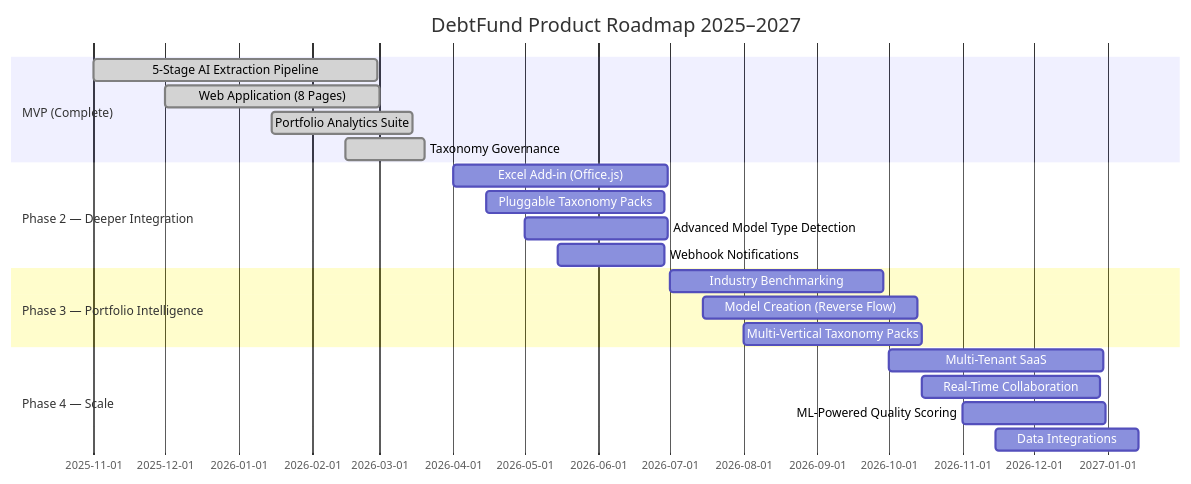
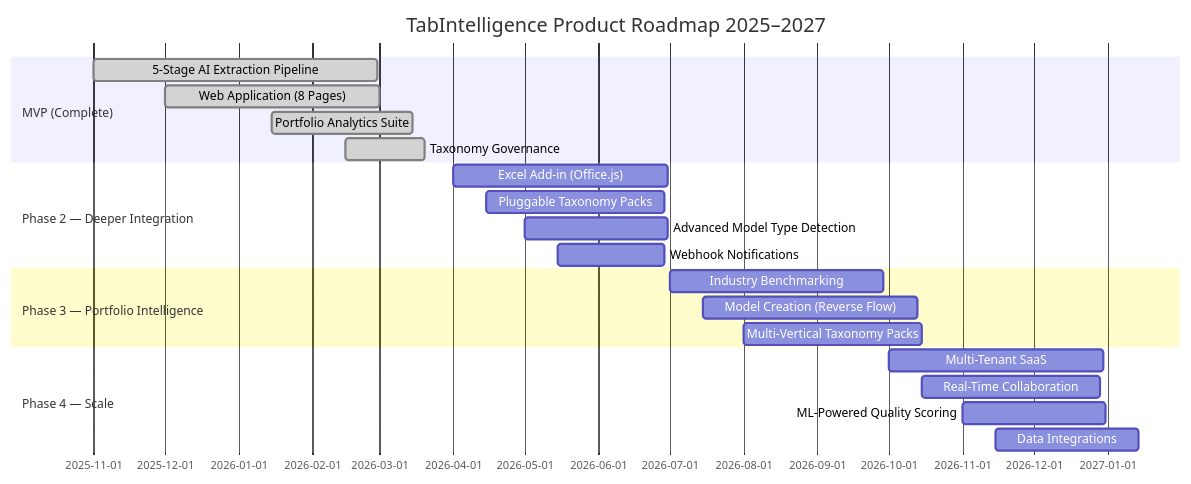
Before and after one commit to schabusflorian-ui/TabIntelligence: the diagram in docs/demo/roadmap.md, drawn with Mermaid. The commit also changed other lines of this file and 72 other files, not shown here.

First line of the commit message:
Rename project from DebtFund to TabIntelligence

````diff
--- a/docs/demo/roadmap.md
+++ b/docs/demo/roadmap.md
@@ -9,28 +9,28 @@
 ```mermaid
 gantt
-    title DebtFund Product Roadmap 2025–2027
+    title TabIntelligence Product Roadmap 2025–2027
     dateFormat YYYY-MM-DD
 
     section MVP (Complete)
     5-Stage AI Extraction Pipeline    :done, mvp1, 2025-11-01, 2026-02-28
     Web Application (8 Pages)         :done, mvp2, 2025-12-01, 2026-03-01
     Portfolio Analytics Suite          :done, mvp3, 2026-01-15, 2026-03-15
     Taxonomy Governance               :done, mvp4, 2026-02-15, 2026-03-20
 
     section Phase 2 — Deeper Integration
     Excel Add-in (Office.js)          :p2a, 2026-04-01, 90d
     Pluggable Taxonomy Packs          :p2b, 2026-04-15, 75d
     Advanced Model Type Detection     :p2c, 2026-05-01, 60d
     Webhook Notifications             :p2d, 2026-05-15, 45d
 
     section Phase 3 — Portfolio Intelligence
     Industry Benchmarking             :p3a, 2026-07-01, 90d
     Model Creation (Reverse Flow)     :p3b, 2026-07-15, 90d
     Multi-Vertical Taxonomy Packs     :p3c, 2026-08-01, 75d
 
     section Phase 4 — Scale
     Multi-Tenant SaaS                 :p4a, 2026-10-01, 90d
     Real-Time Collaboration           :p4b, 2026-10-15, 75d
     ML-Powered Quality Scoring        :p4c, 2026-11-01, 60d
     Data Integrations                 :p4d, 2026-11-15, 60d
 ```
````
